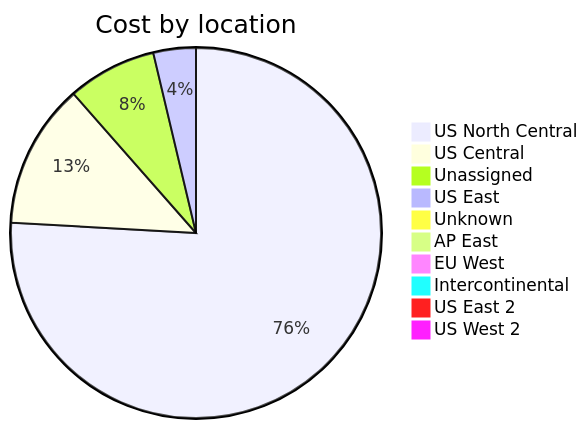
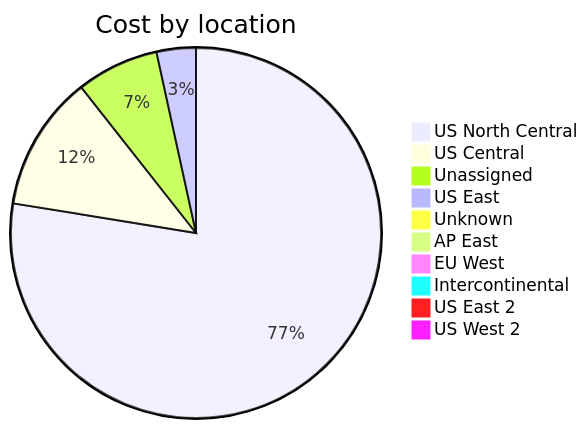
The third of 4 diagrams in cost-reports/accumulated-cost.md (jpfulton/azure-personal-reports), drawn with Mermaid before and after one commit. The commit also changed other lines of this file and 37 other files, not shown here.

````diff
--- a/cost-reports/accumulated-cost.md
+++ b/cost-reports/accumulated-cost.md
@@ -132,14 +132,14 @@
 ```mermaid
 pie
    title Cost by location
-   "US North Central" : 113.11
-   "US Central" : 18.81
-   "Unassigned" : 11.59
+   "US North Central" : 125.18
+   "US Central" : 19.08
+   "Unassigned" : 11.61
    "US East" : 5.53
-   "Unknown" : 0.66
+   "Unknown" : 0.68
    "AP East" : 0.00
    "EU West" : 0.00
    "Intercontinental" : 0.00
    "US East 2" : 0.00
    "US West 2" : 0.00
 ```
````
